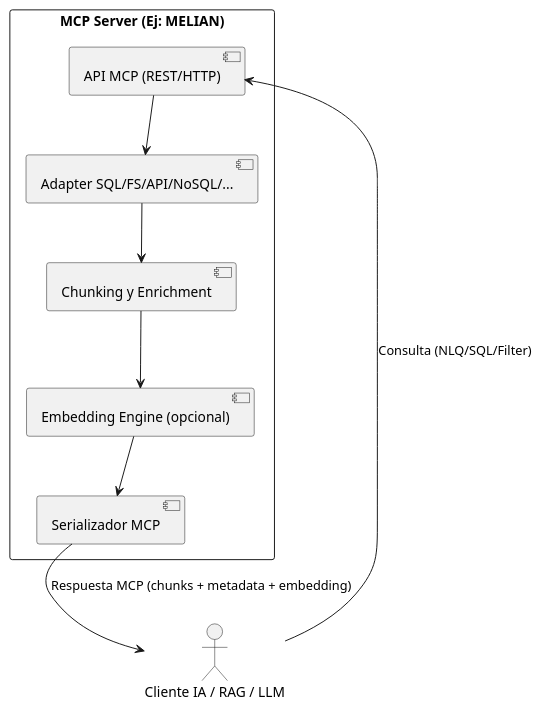
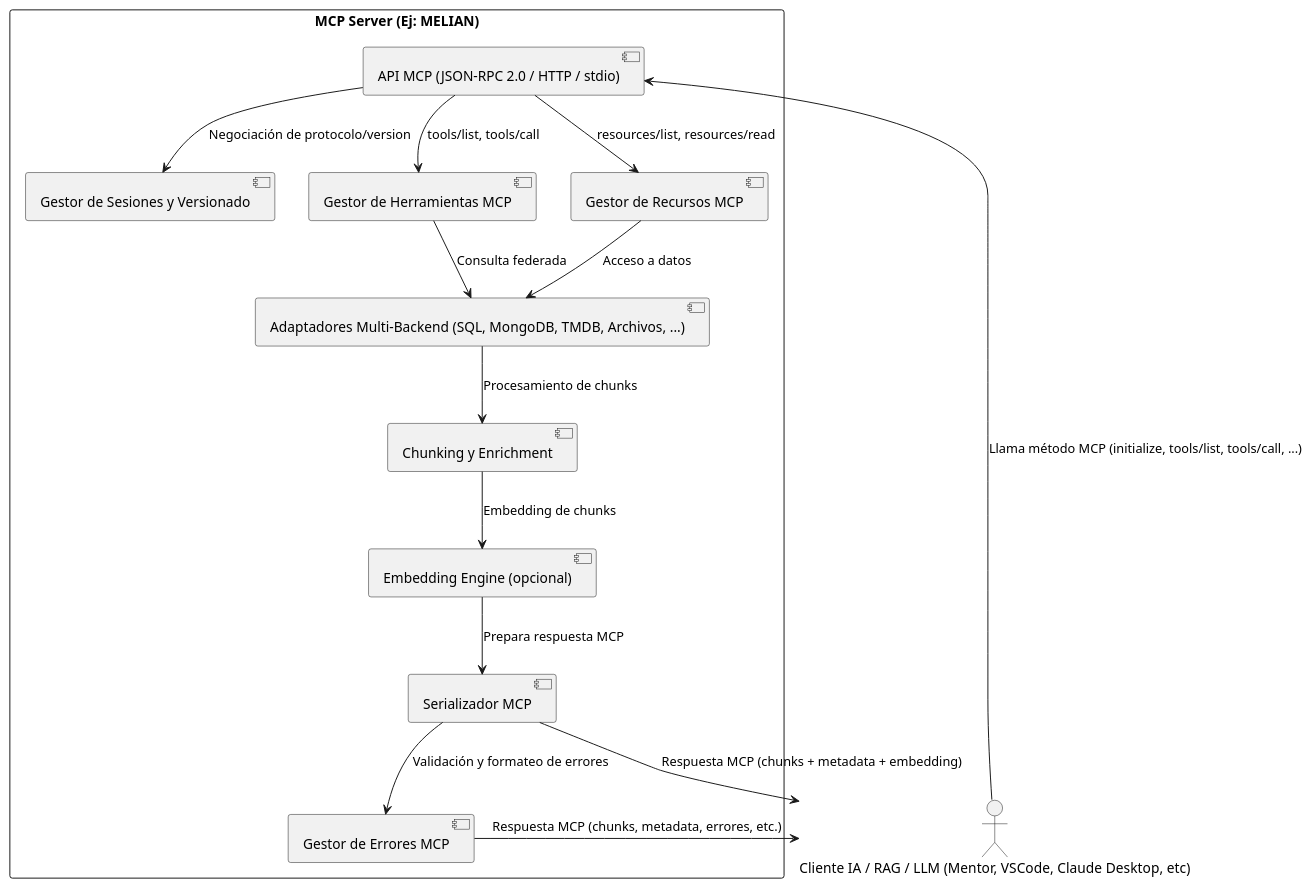
One commit to accentureshark/melian changed the diagram in mcp.puml. Above: the diagram before and after it, drawn with PlantUML. The commit also changed 10 other files, not shown here.

Commit message:
feat(mcp): enhance MCP server with multi-backend support and detailed tool/resource listings

```diff
--- a/mcp.puml
+++ b/mcp.puml
@@ -1,18 +1,28 @@
 @startuml
-actor "Cliente IA / RAG / LLM" as client
+actor "Cliente IA / RAG / LLM (Mentor, VSCode, Claude Desktop, etc)" as client
 
 rectangle "MCP Server (Ej: MELIAN)" {
-  [API MCP (REST/HTTP)]
-  [Adapter SQL/FS/API/NoSQL/...]
+  [API MCP (JSON-RPC 2.0 / HTTP / stdio)]
+  [Gestor de Sesiones y Versionado]
+  [Gestor de Herramientas MCP]
+  [Gestor de Recursos MCP]
+  [Adaptadores Multi-Backend (SQL, MongoDB, TMDB, Archivos, ...)]
   [Chunking y Enrichment]
   [Embedding Engine (opcional)]
   [Serializador MCP]
+  [Gestor de Errores MCP]
 }
 
-client --> [API MCP (REST/HTTP)] : Consulta (NLQ/SQL/Filter)
-[API MCP (REST/HTTP)] --> [Adapter SQL/FS/API/NoSQL/...]
-[Adapter SQL/FS/API/NoSQL/...] --> [Chunking y Enrichment]
-[Chunking y Enrichment] --> [Embedding Engine (opcional)]
-[Embedding Engine (opcional)] --> [Serializador MCP]
+client --> [API MCP (JSON-RPC 2.0 / HTTP / stdio)] : Llama método MCP (initialize, tools/list, tools/call, ...)
+[API MCP (JSON-RPC 2.0 / HTTP / stdio)] --> [Gestor de Sesiones y Versionado] : Negociación de protocolo/version
+[API MCP (JSON-RPC 2.0 / HTTP / stdio)] --> [Gestor de Herramientas MCP] : tools/list, tools/call
+[API MCP (JSON-RPC 2.0 / HTTP / stdio)] --> [Gestor de Recursos MCP] : resources/list, resources/read
+[Gestor de Herramientas MCP] --> [Adaptadores Multi-Backend (SQL, MongoDB, TMDB, Archivos, ...)] : Consulta federada
+[Gestor de Recursos MCP] --> [Adaptadores Multi-Backend (SQL, MongoDB, TMDB, Archivos, ...)] : Acceso a datos
+[Adaptadores Multi-Backend (SQL, MongoDB, TMDB, Archivos, ...)] --> [Chunking y Enrichment] : Procesamiento de chunks
+[Chunking y Enrichment] --> [Embedding Engine (opcional)] : Embedding de chunks
+[Embedding Engine (opcional)] --> [Serializador MCP] : Prepara respuesta MCP
+[Serializador MCP] --> [Gestor de Errores MCP] : Validación y formateo de errores
+[Gestor de Errores MCP] --> client : Respuesta MCP (chunks, metadata, errores, etc.)
 [Serializador MCP] --> client : Respuesta MCP (chunks + metadata + embedding)
 @enduml
```
